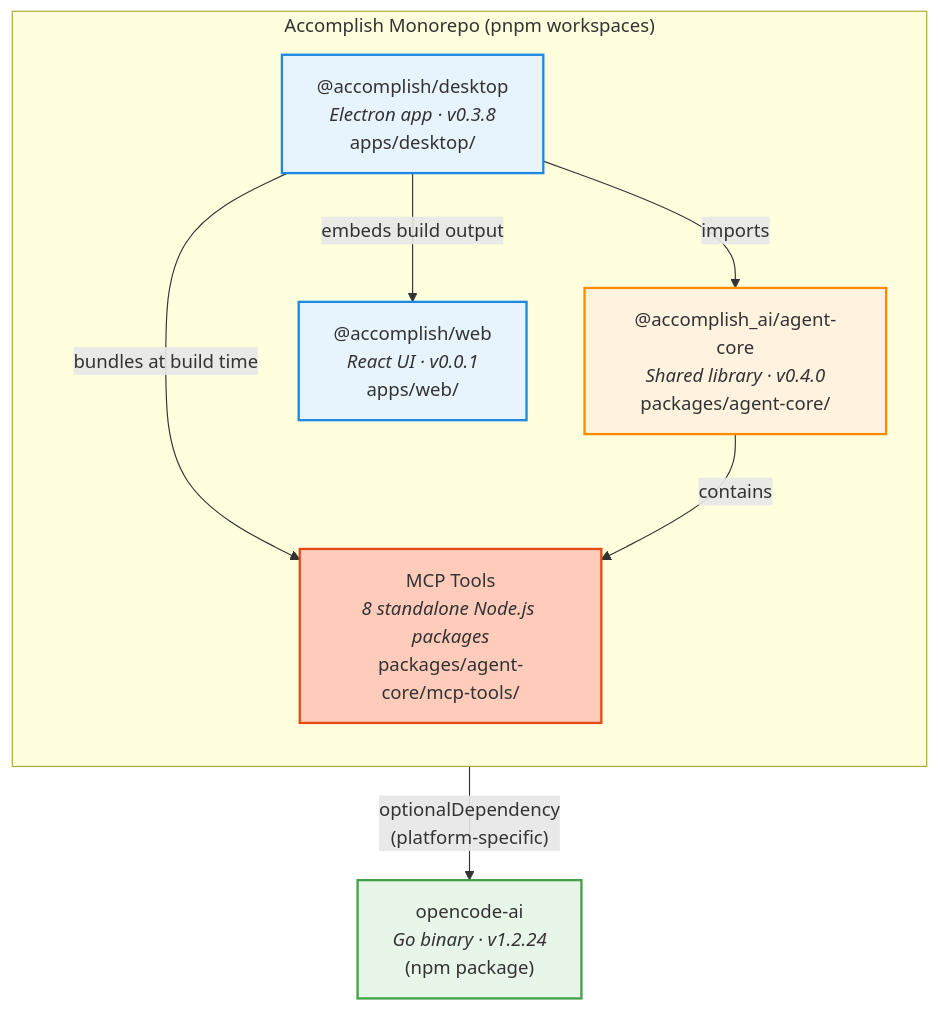
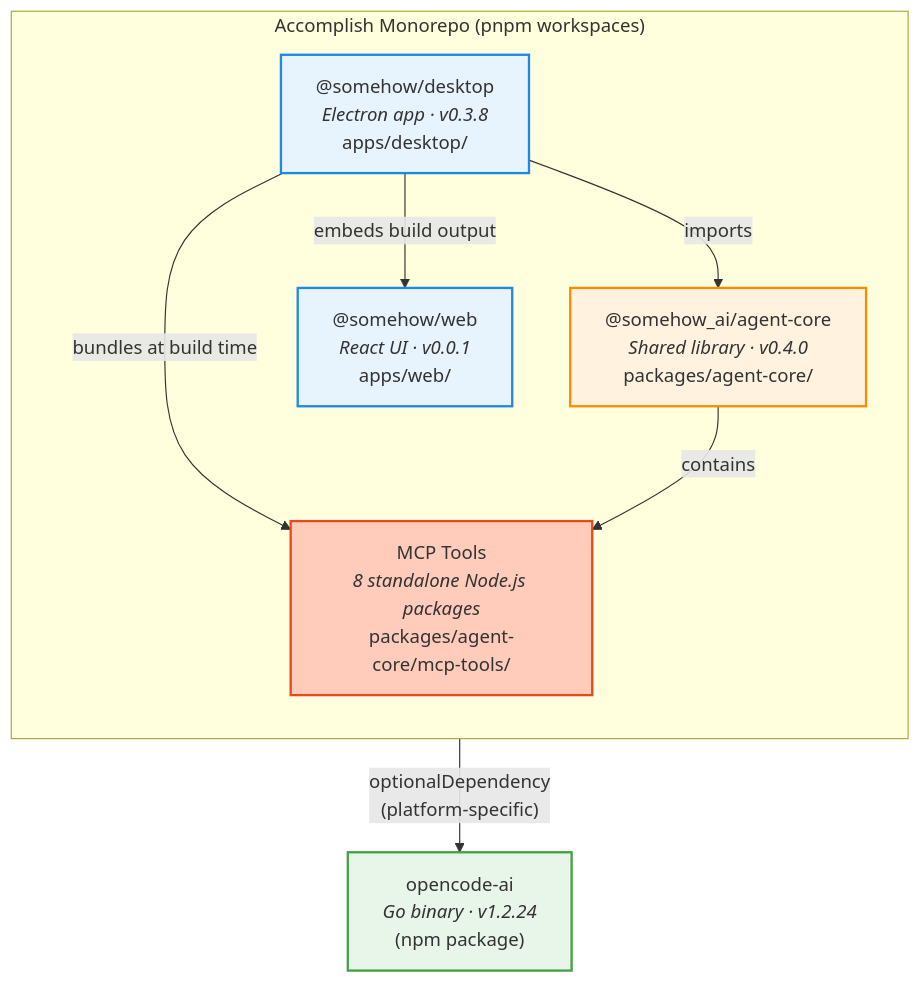
Before and after one commit to its-harshit/openplish: the first of 7 diagrams in docs/development-viewpoint.md, drawn with Mermaid. The commit also changed other lines of this file and 337 other files, not shown here.

````diff
--- a/docs/development-viewpoint.md
+++ b/docs/development-viewpoint.md
@@ -11,29 +11,29 @@
 ```mermaid
 graph TD
   subgraph MONOREPO["Accomplish Monorepo (pnpm workspaces)"]
     direction TB
 
-    DESKTOP["@accomplish/desktop<br/><i>Electron app · v0.3.8</i><br/>apps/desktop/"]
-    WEB["@accomplish/web<br/><i>React UI · v0.0.1</i><br/>apps/web/"]
-    CORE["@accomplish_ai/agent-core<br/><i>Shared library · v0.4.0</i><br/>packages/agent-core/"]
+    DESKTOP["@somehow/desktop<br/><i>Electron app · v0.3.8</i><br/>apps/desktop/"]
+    WEB["@somehow/web<br/><i>React UI · v0.0.1</i><br/>apps/web/"]
+    CORE["@somehow_ai/agent-core<br/><i>Shared library · v0.4.0</i><br/>packages/agent-core/"]
     MCP_TOOLS["MCP Tools<br/><i>8 standalone Node.js packages</i><br/>packages/agent-core/mcp-tools/"]
   end
 
   DESKTOP -->|"imports"| CORE
   DESKTOP -->|"embeds build output"| WEB
   DESKTOP -->|"bundles at build time"| MCP_TOOLS
   CORE -->|"contains"| MCP_TOOLS
 
   OC["opencode-ai<br/><i>Go binary · v1.2.24</i><br/>(npm package)"]
   DESKTOP -->|"optionalDependency<br/>(platform-specific)"| OC
 
   classDef app fill:#e8f4fd,stroke:#1e88e5,stroke-width:2px
   classDef lib fill:#fff3e0,stroke:#fb8c00,stroke-width:2px
   classDef ext fill:#e8f5e9,stroke:#43a047,stroke-width:2px
   classDef mcp fill:#ffccbc,stroke:#e64a19,stroke-width:2px
 
   class DESKTOP,WEB app
   class CORE lib
   class MCP_TOOLS mcp
   class OC ext
 ```
````
